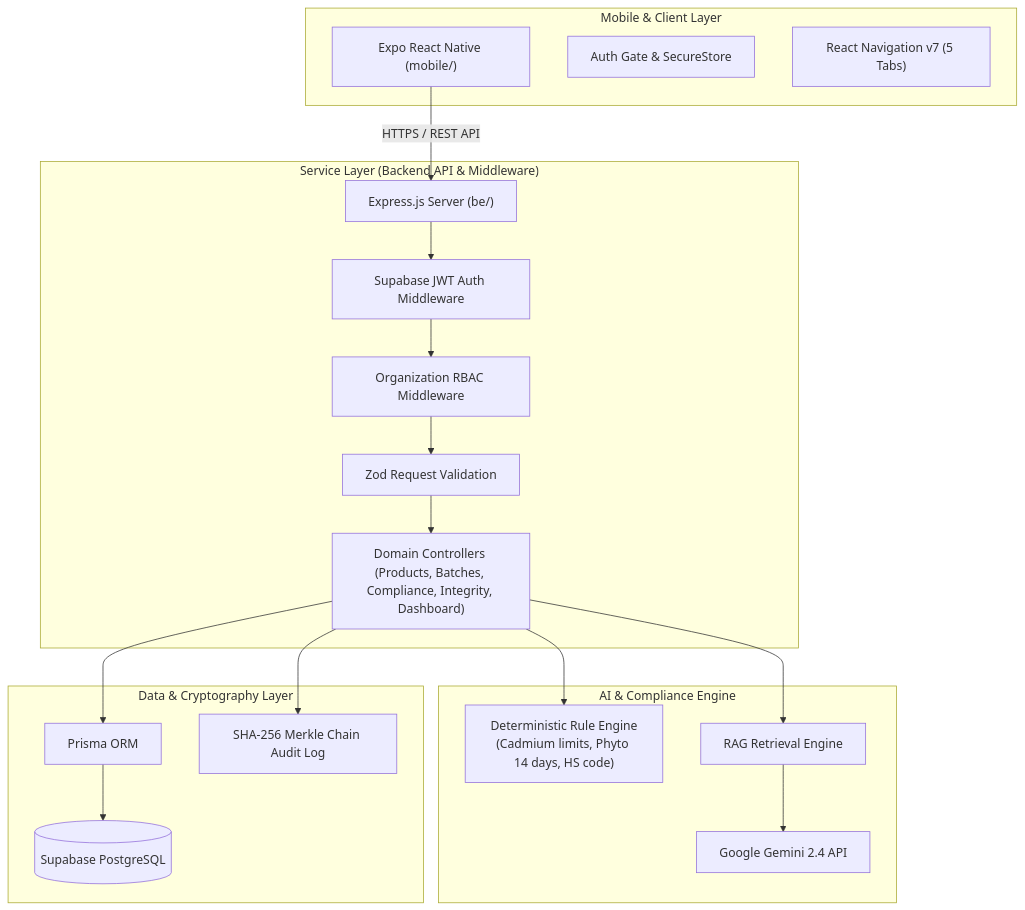
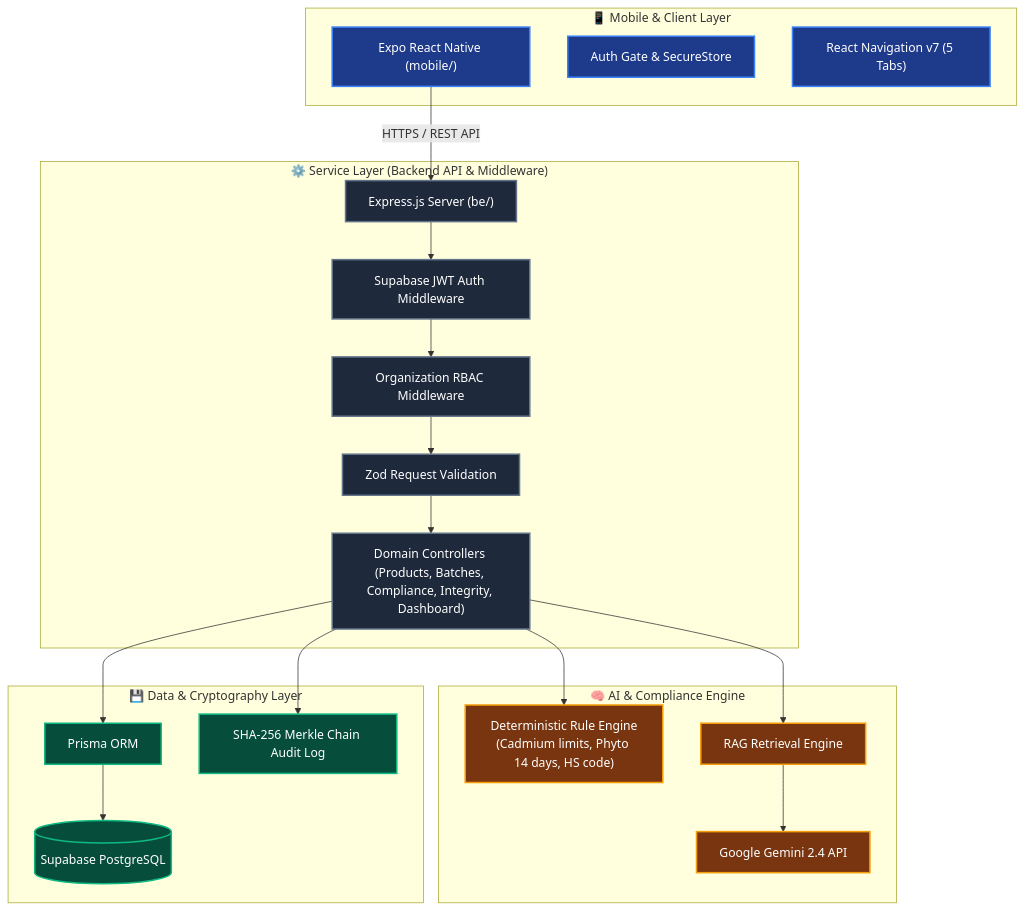
One commit to Rochthii/KADA_Module3_BE_Mobile_VANLONGHOI_THEMIS changed the second of 2 diagrams in README.md. Above: the diagram before and after it, drawn with Mermaid. The commit also changed other lines of this file, not shown here.

Commit message:
docs: add modern colored node styling to Mermaid anti-tamper and architecture diagrams

````diff
--- a/README.md
+++ b/README.md
@@ -83,36 +98,41 @@
 ```mermaid
 graph TD
-    subgraph ClientLayer ["Mobile & Client Layer"]
-        MOB["Expo React Native (mobile/)"]
-        AuthG["Auth Gate & SecureStore"]
-        Nav["React Navigation v7 (5 Tabs)"]
+    classDef clientStyle fill:#1E3A8A,stroke:#3B82F6,stroke-width:2px,color:#FFFFFF;
+    classDef serviceStyle fill:#1E293B,stroke:#64748B,stroke-width:2px,color:#FFFFFF;
+    classDef aiStyle fill:#78350F,stroke:#F59E0B,stroke-width:2px,color:#FFFFFF;
+    classDef storageStyle fill:#064E3B,stroke:#10B981,stroke-width:2px,color:#FFFFFF;
+
+    subgraph ClientLayer ["📱 Mobile & Client Layer"]
+        MOB["Expo React Native (mobile/)"]:::clientStyle
+        AuthG["Auth Gate & SecureStore"]:::clientStyle
+        Nav["React Navigation v7 (5 Tabs)"]:::clientStyle
     end
 
-    subgraph ServiceLayer ["Service Layer (Backend API & Middleware)"]
-        API["Express.js Server (be/)"]
-        AuthM["Supabase JWT Auth Middleware"]
-        RBACM["Organization RBAC Middleware"]
-        ValM["Zod Request Validation"]
-        Ctrl["Domain Controllers (Products, Batches, Compliance, Integrity, Dashboard)"]
+    subgraph ServiceLayer ["⚙️ Service Layer (Backend API & Middleware)"]
+        API["Express.js Server (be/)"]:::serviceStyle
+        AuthM["Supabase JWT Auth Middleware"]:::serviceStyle
+        RBACM["Organization RBAC Middleware"]:::serviceStyle
+        ValM["Zod Request Validation"]:::serviceStyle
+        Ctrl["Domain Controllers (Products, Batches, Compliance, Integrity, Dashboard)"]:::serviceStyle
     end
 
-    subgraph IntelligenceEngine ["AI & Compliance Engine"]
-        RE["Deterministic Rule Engine\n(Cadmium limits, Phyto 14 days, HS code)"]
-        RAG["RAG Retrieval Engine"]
-        AI["Google Gemini 2.4 API"]
+    subgraph IntelligenceEngine ["🧠 AI & Compliance Engine"]
+        RE["Deterministic Rule Engine\n(Cadmium limits, Phyto 14 days, HS code)"]:::aiStyle
+        RAG["RAG Retrieval Engine"]:::aiStyle
+        AI["Google Gemini 2.4 API"]:::aiStyle
     end
 
-    subgraph DataStorage ["Data & Cryptography Layer"]
-        DB[(Supabase PostgreSQL)]
-        Prisma["Prisma ORM"]
-        Audit["SHA-256 Merkle Chain Audit Log"]
+    subgraph DataStorage ["💾 Data & Cryptography Layer"]
+        DB[(Supabase PostgreSQL)]:::storageStyle
+        Prisma["Prisma ORM"]:::storageStyle
+        Audit["SHA-256 Merkle Chain Audit Log"]:::storageStyle
     end
 
     MOB -->|HTTPS / REST API| API
     API --> AuthM --> RBACM --> ValM --> Ctrl
     Ctrl --> RE
     Ctrl --> RAG
     RAG --> AI
     Ctrl --> Prisma --> DB
     Ctrl --> Audit
 ```
````
